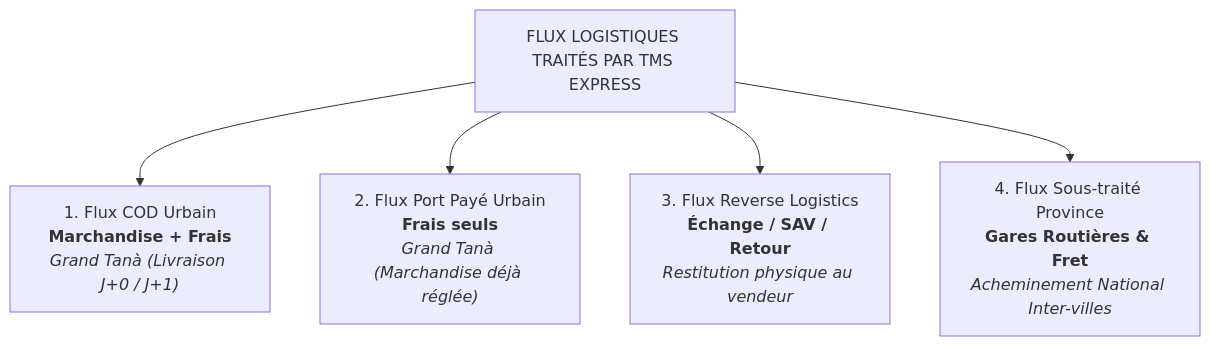
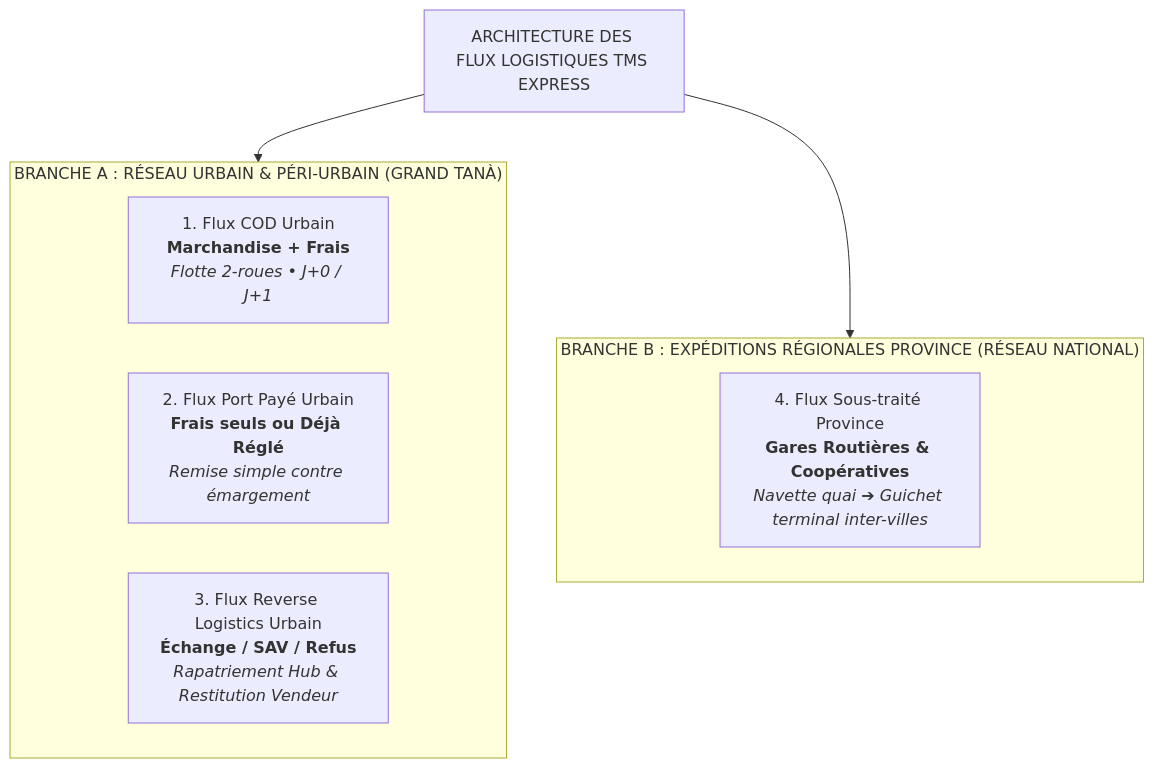
The second of 8 diagrams in cdc.md (tiana777/TMS), drawn with Mermaid before and after one commit. The commit also changed other lines of this file and 20 other files, not shown here.

````diff
--- a/cdc.md
+++ b/cdc.md
@@ -156,8 +158,17 @@
 ```mermaid
 flowchart TD
-    Flux["FLUX LOGISTIQUES TRAITÉS PAR TMS EXPRESS"]
-    Flux --> F1["1. Flux COD Urbain<br/><b>Marchandise + Frais</b><br/><i>Grand Tanà (Livraison J+0 / J+1)</i>"]
-    Flux --> F2["2. Flux Port Payé Urbain<br/><b>Frais seuls</b><br/><i>Grand Tanà (Marchandise déjà réglée)</i>"]
-    Flux --> F3["3. Flux Reverse Logistics<br/><b>Échange / SAV / Retour</b><br/><i>Restitution physique au vendeur</i>"]
-    Flux --> F4["4. Flux Sous-traité Province<br/><b>Gares Routières & Fret</b><br/><i>Acheminement National Inter-villes</i>"]
+    Flux["ARCHITECTURE DES FLUX LOGISTIQUES TMS EXPRESS"]
+    
+    subgraph BrancheA["BRANCHE A : RÉSEAU URBAIN & PÉRI-URBAIN (GRAND TANÀ)"]
+        F1["1. Flux COD Urbain<br/><b>Marchandise + Frais</b><br/><i>Flotte 2-roues • J+0 / J+1</i>"]
+        F2["2. Flux Port Payé Urbain<br/><b>Frais seuls ou Déjà Réglé</b><br/><i>Remise simple contre émargement</i>"]
+        F3["3. Flux Reverse Logistics Urbain<br/><b>Échange / SAV / Refus</b><br/><i>Rapatriement Hub & Restitution Vendeur</i>"]
+    end
+
+    subgraph BrancheB["BRANCHE B : EXPÉDITIONS RÉGIONALES PROVINCE (RÉSEAU NATIONAL)"]
+        F4["4. Flux Sous-traité Province<br/><b>Gares Routières & Coopératives</b><br/><i>Navette quai ➔ Guichet terminal inter-villes</i>"]
+    end
+
+    Flux --> BrancheA
+    Flux --> BrancheB
 ```
````
